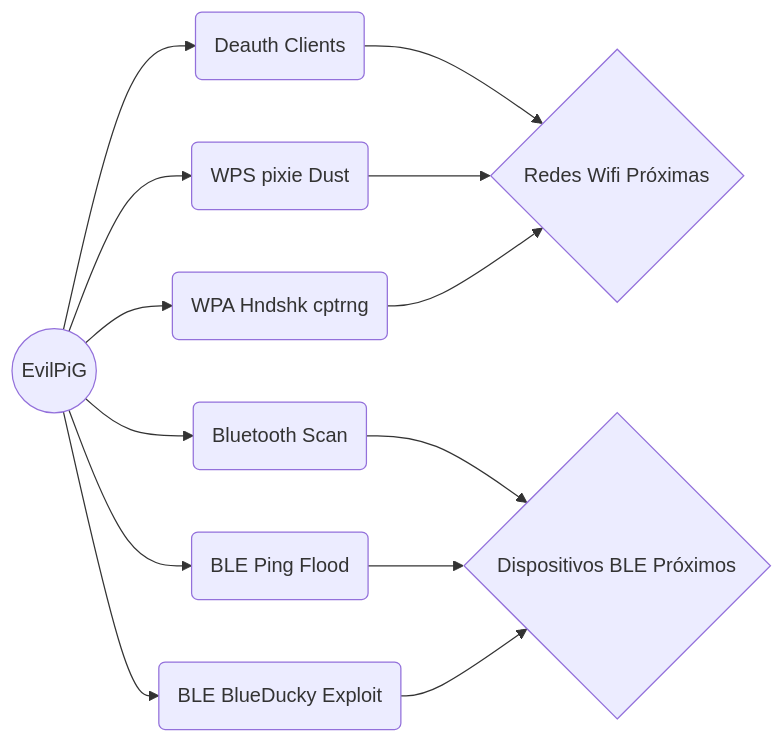
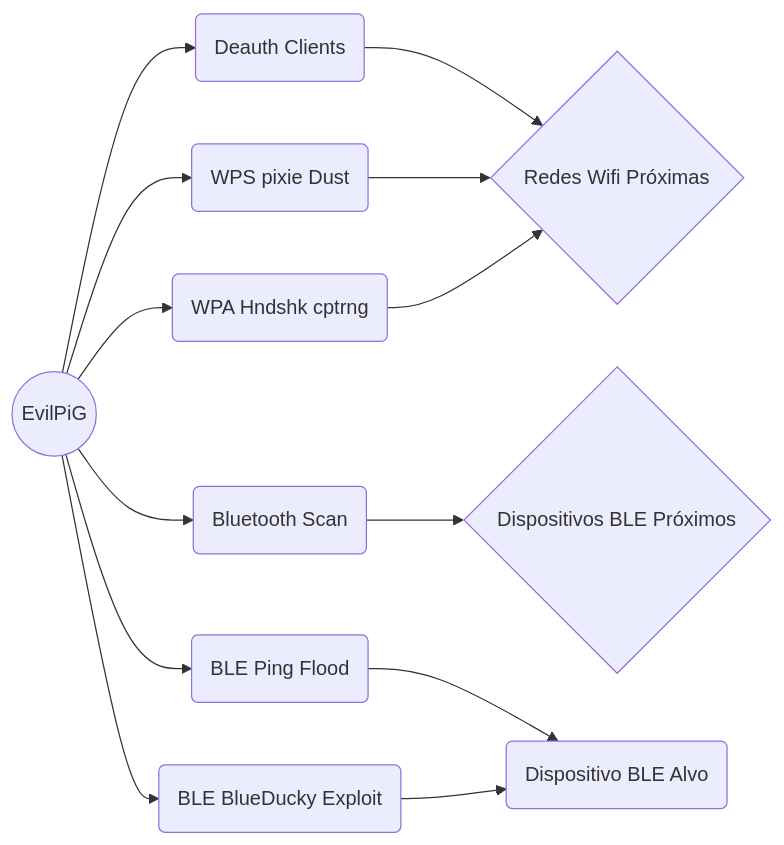
One commit to Pasch0/EvilPiG changed the diagram in README.md. Above: the diagram before and after it, drawn with Mermaid.

Commit message:
Novo README + testes

````diff
--- a/README.md
+++ b/README.md
@@ -51,15 +51,15 @@
 ```mermaid
 graph LR
 A((EvilPiG)) --> B(Deauth Clients)
 A --> C(WPS pixie Dust)
 B --> D{Redes Wifi Próximas}
 C --> D
 A --> E(WPA Hndshk cptrng)
 E --> D
 A --> H(Bluetooth Scan)
 A --> F(BLE Ping Flood)
 A --> G(BLE BlueDucky Exploit)
 H --> I{Dispositivos BLE Próximos}
-F --> I
-G --> I
+F --> J(Dispositivo BLE Alvo)
+G --> J
 ```
````
